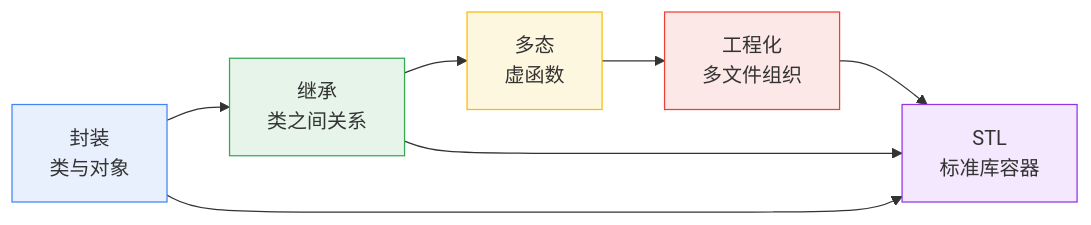
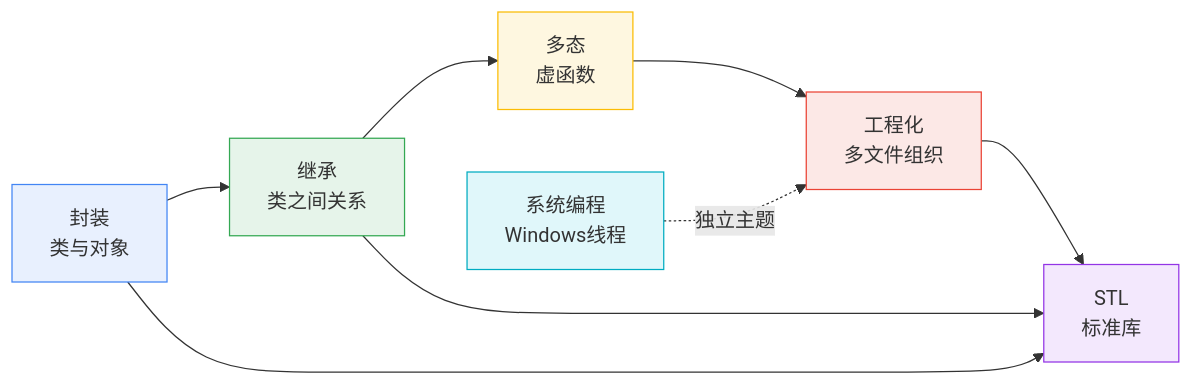
Before and after one commit to Micrreney/biji: the second of 2 diagrams in 思维导图/README.md, drawn with Mermaid. The commit also changed other lines of this file and 4 other files, not shown here.

````diff
--- a/思维导图/README.md
+++ b/思维导图/README.md
@@ -57,15 +69,17 @@
 ```mermaid
 flowchart LR
     A[封装<br/>类与对象] --> B[继承<br/>类之间关系]
     B --> C[多态<br/>虚函数]
     C --> D[工程化<br/>多文件组织]
-    D --> E[STL<br/>标准库容器]
+    D --> E[STL<br/>标准库]
+    F[系统编程<br/>Windows线程] -.独立主题.-> D
     A --> E
     B --> E
 
     style A fill:#e8f0fe,stroke:#4285f4
     style B fill:#e6f4ea,stroke:#34a853
     style C fill:#fef7e0,stroke:#fbbc04
     style D fill:#fce8e6,stroke:#ea4335
     style E fill:#f3e8fd,stroke:#9334e6
+    style F fill:#e0f7fa,stroke:#00acc1
 ```
````
